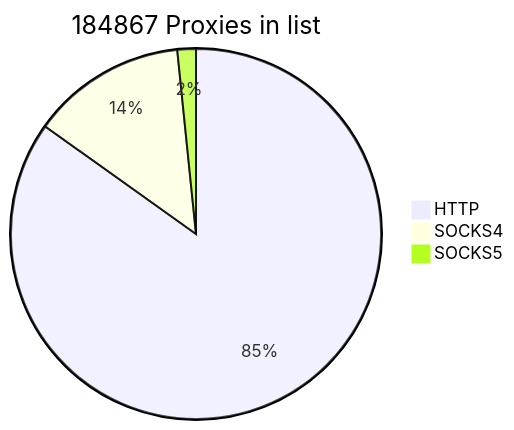
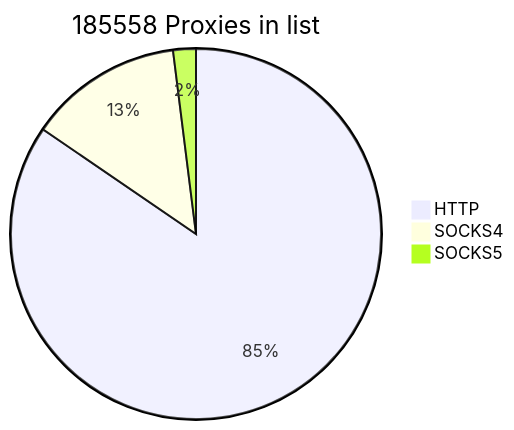
The first of 2 diagrams in README.md (cutipu/proxylist), drawn with Mermaid before and after one commit. The commit also changed other lines of this file, not shown here.

````diff
--- a/README.md
+++ b/README.md
@@ -2,7 +2,7 @@
 ```mermaid
-pie title 184867 Proxies in list
+pie title 185558 Proxies in list
     "HTTP" : 156881
     "SOCKS4" : 24991
-    "SOCKS5" : 2995
+    "SOCKS5" : 3686
             
 ```
````
